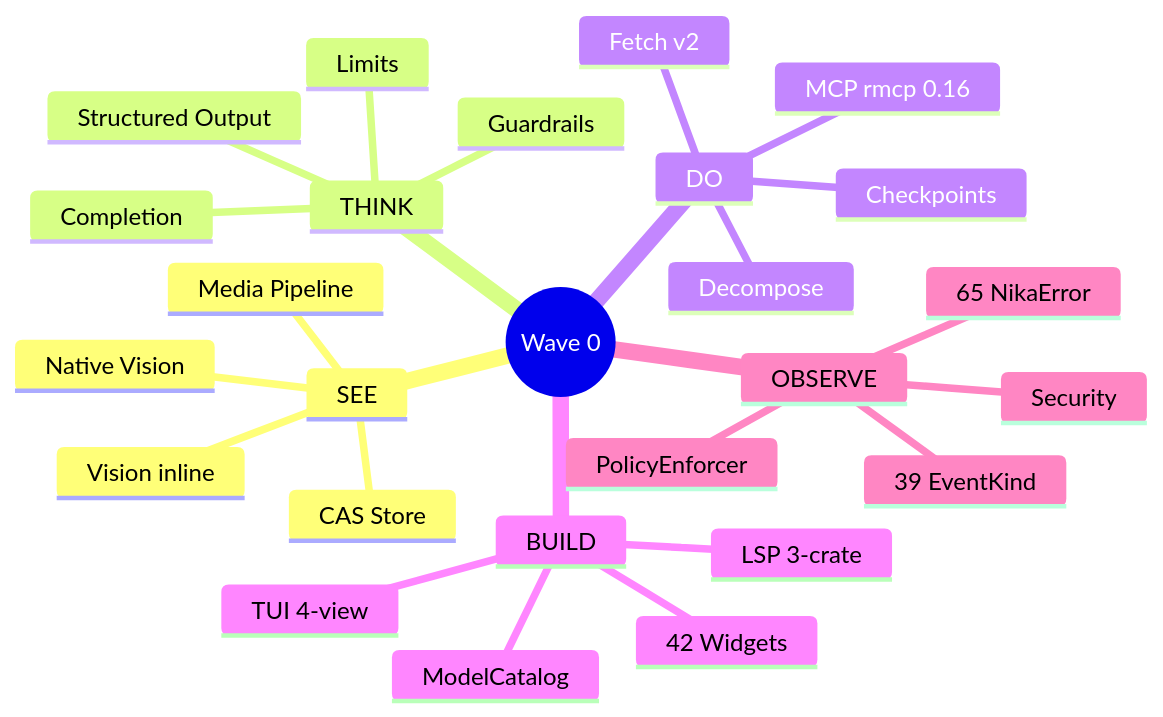
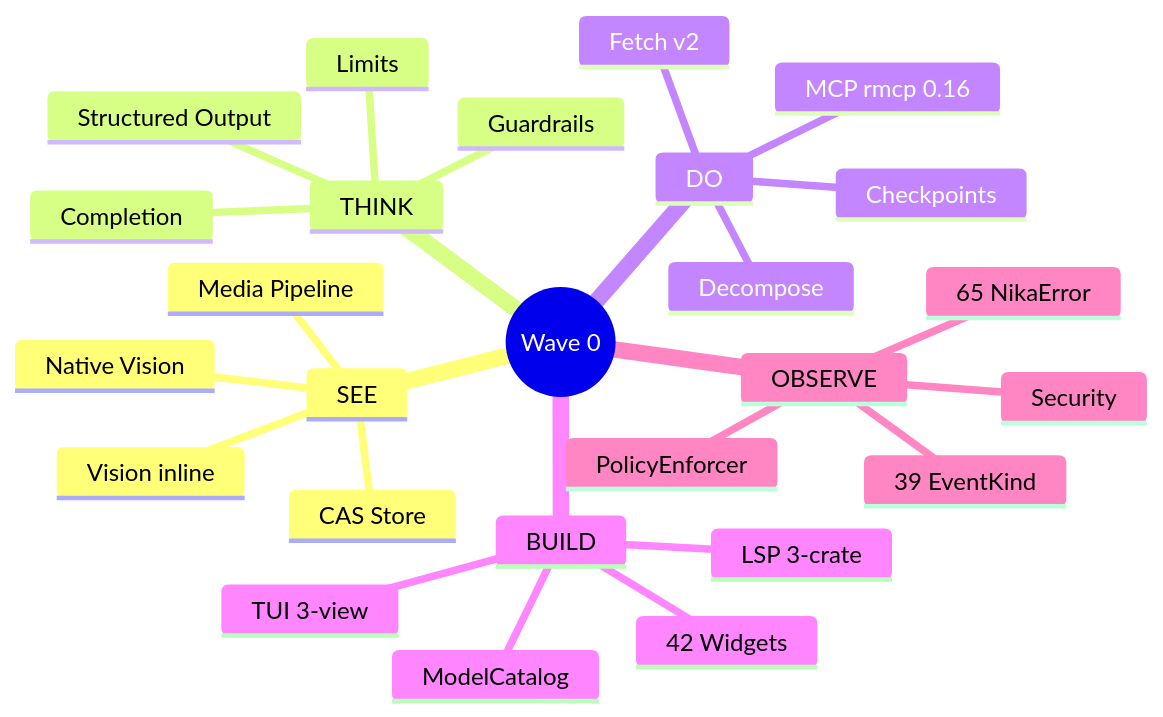
The first of 8 diagrams in docs/vision/01-nika-state-of-the-art.md (supernovae-st/nika), drawn with Mermaid before and after one commit. The commit also changed other lines of this file and 10 other files, not shown here.

````diff
--- a/docs/vision/01-nika-state-of-the-art.md
+++ b/docs/vision/01-nika-state-of-the-art.md
@@ -38,29 +38,29 @@
 ```mermaid
 mindmap
   root((Wave 0))
     SEE
       Vision inline
       Native Vision
       Media Pipeline
       CAS Store
     THINK
       Structured Output
       Guardrails
       Completion
       Limits
     DO
       MCP rmcp 0.16
       Fetch v2
       Decompose
       Checkpoints
     BUILD
       LSP 3-crate
-      TUI 4-view
+      TUI 3-view
       ModelCatalog
       42 Widgets
     OBSERVE
       39 EventKind
       65 NikaError
       Security
       PolicyEnforcer
 ```
````
